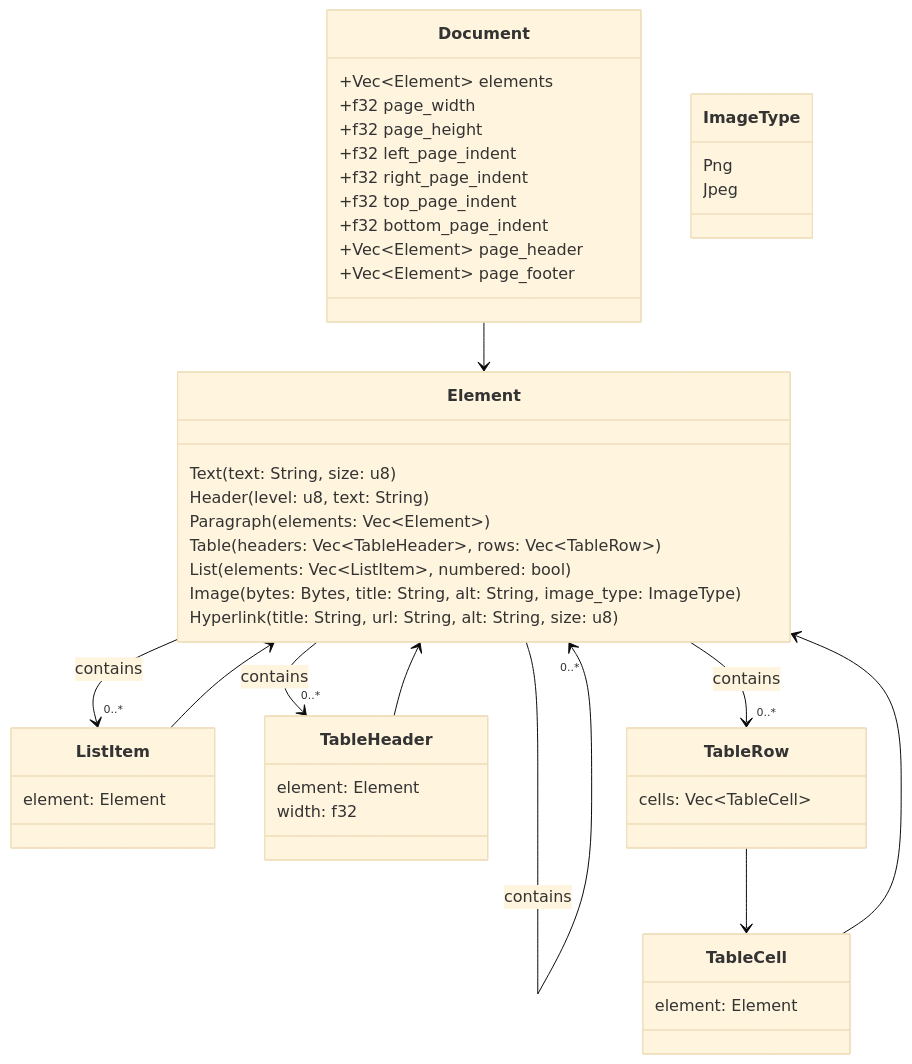
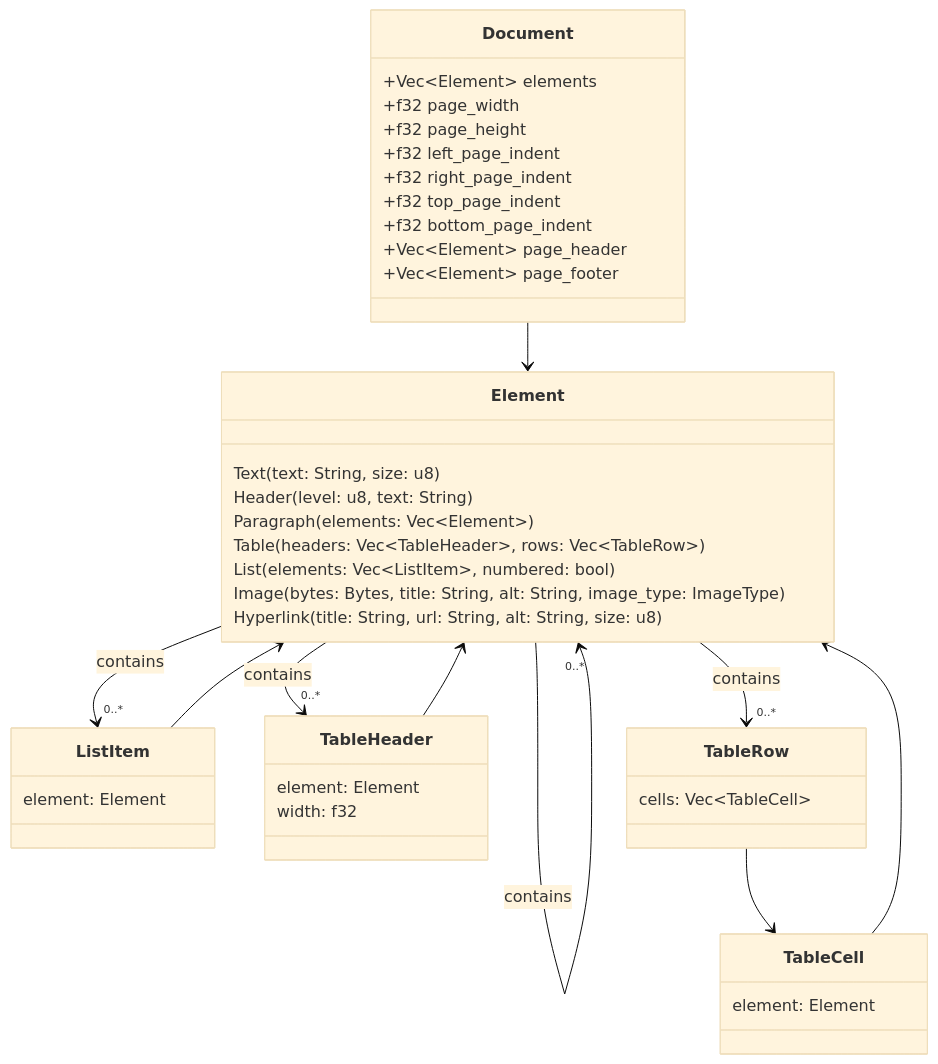
Before and after one commit to igumnoff/shiva: the diagram in CDM.md, drawn with Mermaid (base theme).

````diff
--- a/CDM.md
+++ b/CDM.md
@@ -3,56 +3,52 @@
 ```mermaid
 classDiagram
     class Document {
         +Vec~Element~ elements
         +f32 page_width
         +f32 page_height
         +f32 left_page_indent
         +f32 right_page_indent
         +f32 top_page_indent
         +f32 bottom_page_indent
         +Vec~Element~ page_header
         +Vec~Element~ page_footer
     }
     class Element {
       Text(text: String, size: u8)
       Header(level: u8, text: String)
       Paragraph(elements: Vec~Element~)
       Table(headers: Vec~TableHeader~, rows: Vec~TableRow~)
       List(elements: Vec~ListItem~, numbered: bool)
       Image(bytes: Bytes, title: String, alt: String, image_type: ImageType)
       Hyperlink(title: String, url: String, alt: String, size: u8)
     }
     
     class ListItem {
       element: Element
     }
     
     class TableHeader {
       element: Element
       width: f32
     }
     
     class TableRow {
       cells: Vec~TableCell~
     }
     
     class TableCell {
       element: Element
     }
     
-    class ImageType {
-      Png
-      Jpeg
-    }
     
     ListItem --> Element
     TableHeader --> Element
     TableRow --> TableCell
     TableCell --> Element
     Element --> "0..*" Element : contains
     Element --> "0..*" TableHeader : contains
     Element --> "0..*" TableRow : contains
     Element --> "0..*" ListItem : contains
     Document --> Element
 
 ```
````
